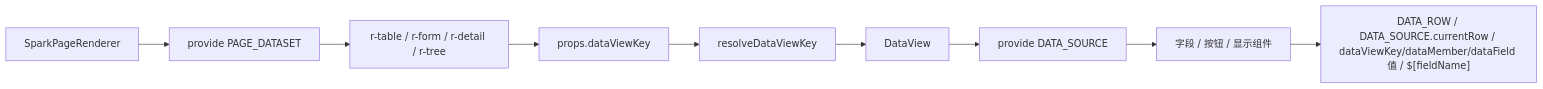
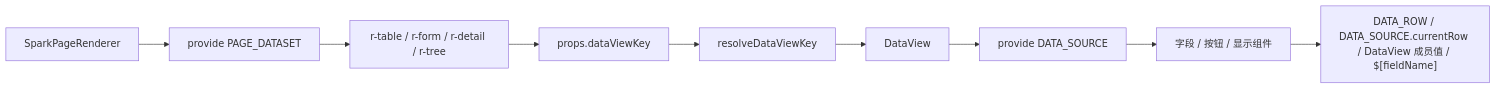
The second of 5 diagrams in docs/ai/DATASET_PAGE_DESIGN_AI_FLOW_100_STEPS_ZH.md (LMSpark/spark-view-vue), drawn with Mermaid before and after one commit. The commit also changed other lines of this file and 1 other file, not shown here.

Commit message:
docs: update DataViewKey doc to match DataMember split + DBMS scope navigation design

````diff
--- a/docs/ai/DATASET_PAGE_DESIGN_AI_FLOW_100_STEPS_ZH.md
+++ b/docs/ai/DATASET_PAGE_DESIGN_AI_FLOW_100_STEPS_ZH.md
@@ -252,11 +245,11 @@
 ```mermaid
 flowchart LR
   Page["SparkPageRenderer"] --> ProvideDS["provide PAGE_DATASET"]
   ProvideDS --> Container["r-table / r-form / r-detail / r-tree"]
   Container --> DataViewKey["props.dataViewKey"]
   DataViewKey --> Resolver["resolveDataViewKey"]
   Resolver --> View["DataView"]
   View --> ProvideView["provide DATA_SOURCE"]
   ProvideView --> Child["字段 / 按钮 / 显示组件"]
-  Child --> Row["DATA_ROW / DATA_SOURCE.currentRow / dataViewKey/dataMember/dataField 值 / $[fieldName]"]
+  Child --> Row["DATA_ROW / DATA_SOURCE.currentRow / DataView 成员值 / $[fieldName]"]
 ```
````
